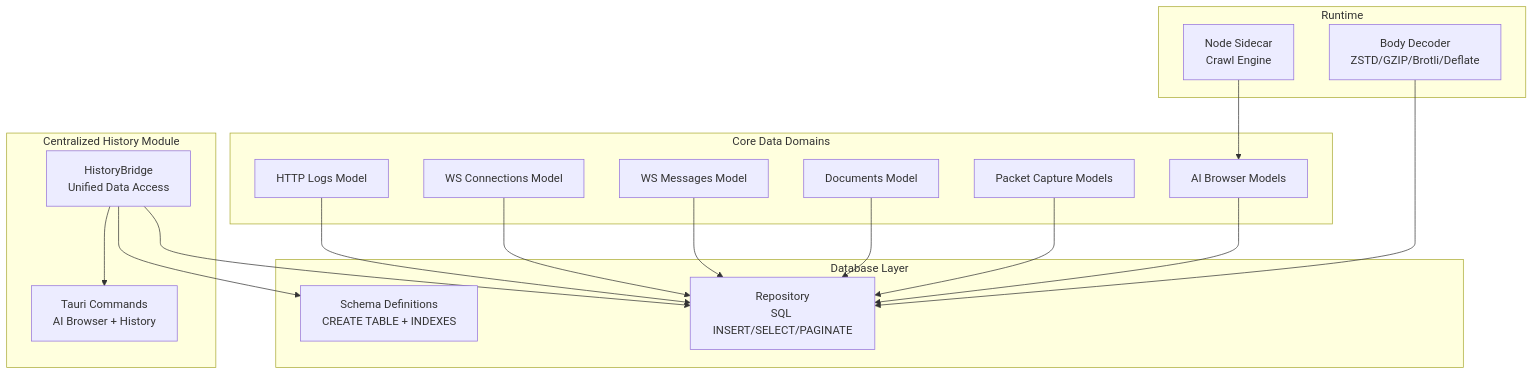
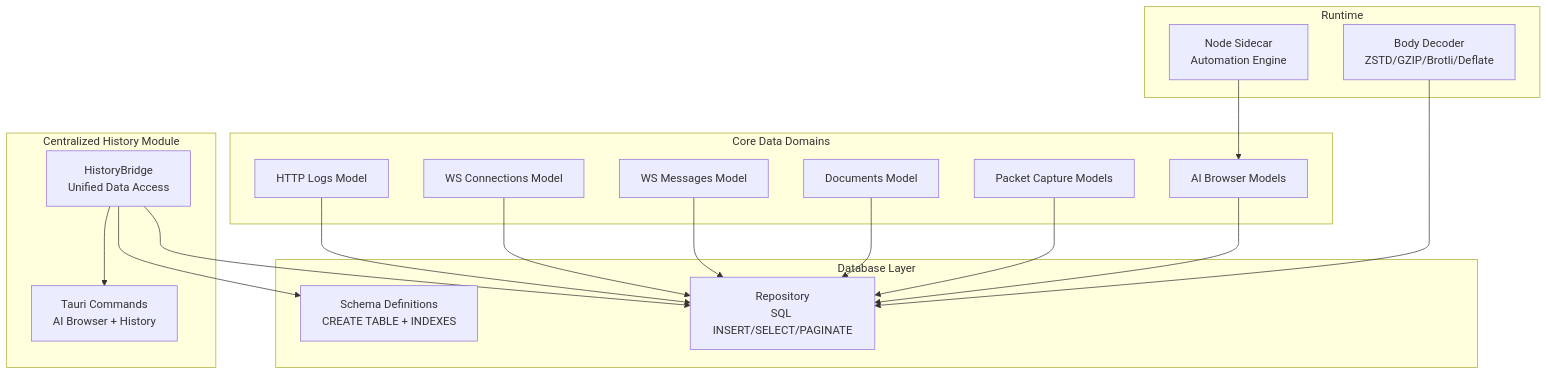
The first of 8 diagrams in .qoder/repowiki/en/content/Database Design/Database Design.md (arhamymr/hexbuffer), drawn with Mermaid before and after one commit. The commit also changed 49 other files, not shown here.

````diff
--- a/.qoder/repowiki/en/content/Database Design/Database Design.md
+++ b/.qoder/repowiki/en/content/Database Design/Database Design.md
@@ -55,34 +55,34 @@
 ```mermaid
 graph TB
 subgraph "Centralized History Module"
 HISTORY["HistoryBridge<br/>Unified Data Access"]
 ENDPOINTS["Tauri Commands<br/>AI Browser + History"]
 end
 subgraph "Database Layer"
 SCHEMA["Schema Definitions<br/>CREATE TABLE + INDEXES"]
 REPO["Repository<br/>SQL INSERT/SELECT/PAGINATE"]
 end
 subgraph "Core Data Domains"
 HTTP["HTTP Logs Model"]
 WS_CONN["WS Connections Model"]
 WS_MSG["WS Messages Model"]
 DOC["Documents Model"]
 PKT["Packet Capture Models"]
 AIB["AI Browser Models"]
 end
 subgraph "Runtime"
 DEC["Body Decoder<br/>ZSTD/GZIP/Brotli/Deflate"]
-SIDE["Node Sidecar<br/>Crawl Engine"]
+SIDE["Node Sidecar<br/>Automation Engine"]
 end
 HISTORY --> ENDPOINTS
 HISTORY --> SCHEMA
 HISTORY --> REPO
 HTTP --> REPO
 WS_CONN --> REPO
 WS_MSG --> REPO
 DOC --> REPO
 PKT --> REPO
 AIB --> REPO
 SIDE --> AIB
 DEC --> REPO
 ```
````
